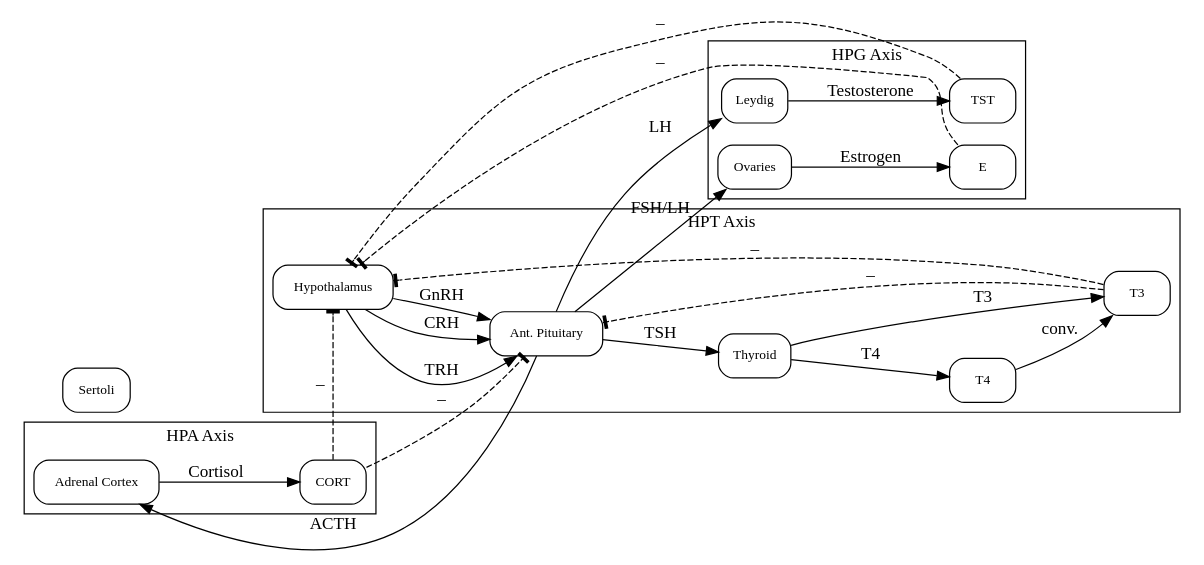
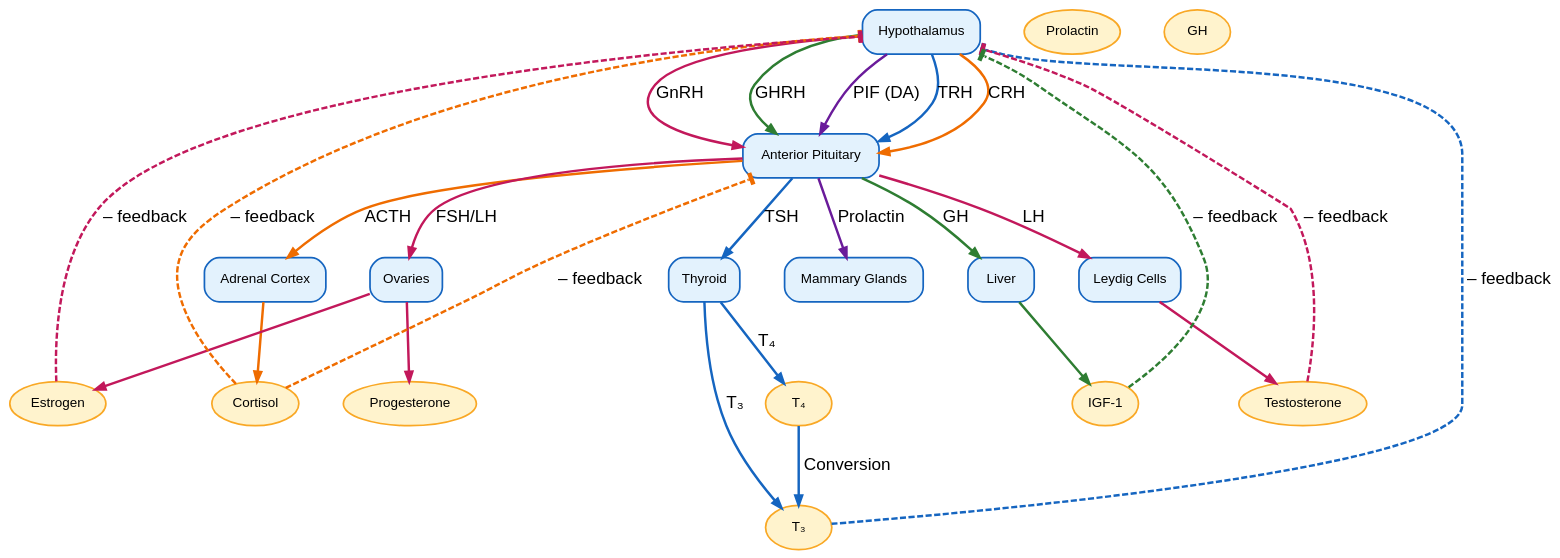
Before and after one commit to dmurali12/TheBox: the second of 2 diagrams in Endocrine System/Endocrine System.md, drawn with Graphviz.

Commit message:
vault backup: 2025-11-09 11:02:36

````diff
--- a/Endocrine System/Endocrine System.md
+++ b/Endocrine System/Endocrine System.md
@@ -101,45 +101,93 @@
 ```dot
 digraph Endocrine {
-  rankdir=LR;
-  node [shape=box, style=rounded, fontsize=11];
+  rankdir=TD;           // left→right flow (feels like Mermaid graph LR)
+  splines=true;         // smooth-ish edges
+  nodesep=0.5;
+  ranksep=0.7;
+  bgcolor="transparent"
 
+  fontname="Helvetica"; // or "Inter", "SF Pro" etc if your system has it
+  node [fontname="Helvetica"];
+  edge [fontname="Helvetica"];
+
+  node [
+    shape=box,
+    style="rounded,filled",
+    fillcolor="#f8fafc",
+    color="#cbd5e1",
+    penwidth=1.4
+  ];
+
+  edge [
+    color="#94a3b8",
+    arrowsize=0.8,
+    penwidth=1.4
+  ];
+
+  /* ======= Default node look ======= */
+  node [style=rounded, fontsize=11];
+
+  /* --- Organs (rectangles) --- */
+  node [shape=box, fillcolor="#e3f2fd", style="filled,rounded", color="#1565c0"];
   H  [label="Hypothalamus"];
-  AP [label="Ant. Pituitary"];
+  AP [label="Anterior Pituitary"];
   T  [label="Thyroid"];
   A  [label="Adrenal Cortex"];
   O  [label="Ovaries"];
-  L  [label="Leydig"];
-  S  [label="Sertoli"];
+  L  [label="Leydig Cells"];
+  LIV[label="Liver"];
+  M  [label="Mammary Glands"];
 
-  subgraph cluster_HPT {
-    label="HPT Axis";
-    H -> AP [label="TRH"];
-    AP -> T [label="TSH"];
-    T -> T4 [label="T4"];
-    T -> T3 [label="T3"];
-    T4 -> T3 [label="conv."];
-    T3 -> H  [label="–", style=dashed, arrowhead=tee];
-    T3 -> AP [label="–", style=dashed, arrowhead=tee];
-  }
+  /* --- Hormones (ellipses) --- */
+  node [shape=ellipse, fillcolor="#fff3cd", style="filled", color="#f9a825"];
+  T3  [label="T₃"];
+  T4  [label="T₄"];
+  CORT[label="Cortisol"];
+  E   [label="Estrogen"];
+  P   [label="Progesterone"];
+  TST [label="Testosterone"];
+  IGF [label="IGF-1"];
+  PRL [label="Prolactin"];
+  GH  [label="GH"];
 
-  subgraph cluster_HPA {
-    label="HPA Axis";
-    H -> AP [label="CRH"];
-    AP -> A [label="ACTH"];
-    A  -> CORT [label="Cortisol"];
-    CORT -> H  [label="–", style=dashed, arrowhead=tee];
-    CORT -> AP [label="–", style=dashed, arrowhead=tee];
-  }
+  /* ====== HPT Axis (blue) ====== */
+  edge [color="#1565c0", penwidth=2];
+  H  -> AP [label="TRH"];
+  AP -> T  [label="TSH"];
+  T  -> T4 [label="T₄"];
+  T  -> T3 [label="T₃"];
+  T4 -> T3 [label="Conversion"];
+  T3 -> H  [label="– feedback", style=dashed, arrowhead=tee];
 
-  subgraph cluster_HPG {
-    label="HPG Axis";
-    H -> AP  [label="GnRH"];
-    AP -> O  [label="FSH/LH"];
-    AP -> L  [label="LH"];
-    O  -> E  [label="Estrogen"];
-    L  -> TST[label="Testosterone"];
-    E  -> H  [label="–", style=dashed, arrowhead=tee];
-    TST-> H  [label="–", style=dashed, arrowhead=tee];
-  }
+  /* ====== HPA Axis (orange) ====== */
+  edge [color="#ef6c00", penwidth=2];
+  H  -> AP [label="CRH"];
+  AP -> A  [label="ACTH"];
+  A  -> CORT;
+  CORT -> H  [label="– feedback", style=dashed, arrowhead=tee];
+  CORT -> AP [label="– feedback", style=dashed, arrowhead=tee];
+
+  /* ====== HPG Axis (pink) ====== */
+  edge [color="#c2185b", penwidth=2];
+  H  -> AP [label="GnRH"];
+  AP -> O  [label="FSH/LH"];
+  AP -> L  [label="LH"];
+  O  -> E;
+  O  -> P;
+  L  -> TST;
+  E  -> H  [label="– feedback", style=dashed, arrowhead=tee];
+  TST-> H  [label="– feedback", style=dashed, arrowhead=tee];
+
+  /* ====== GH Axis (green) ====== */
+  edge [color="#2e7d32", penwidth=2];
+  H  -> AP [label="GHRH"];
+  AP -> LIV [label="GH"];
+  LIV-> IGF;
+  IGF-> H [label="– feedback", style=dashed, arrowhead=tee];
+
+  /* ====== Prolactin Axis (purple) ====== */
+  edge [color="#6a1b9a", penwidth=2];
+  H  -> AP [label="PIF (DA)"];
+  AP -> M  [label="Prolactin"];
 }
 ```
````
